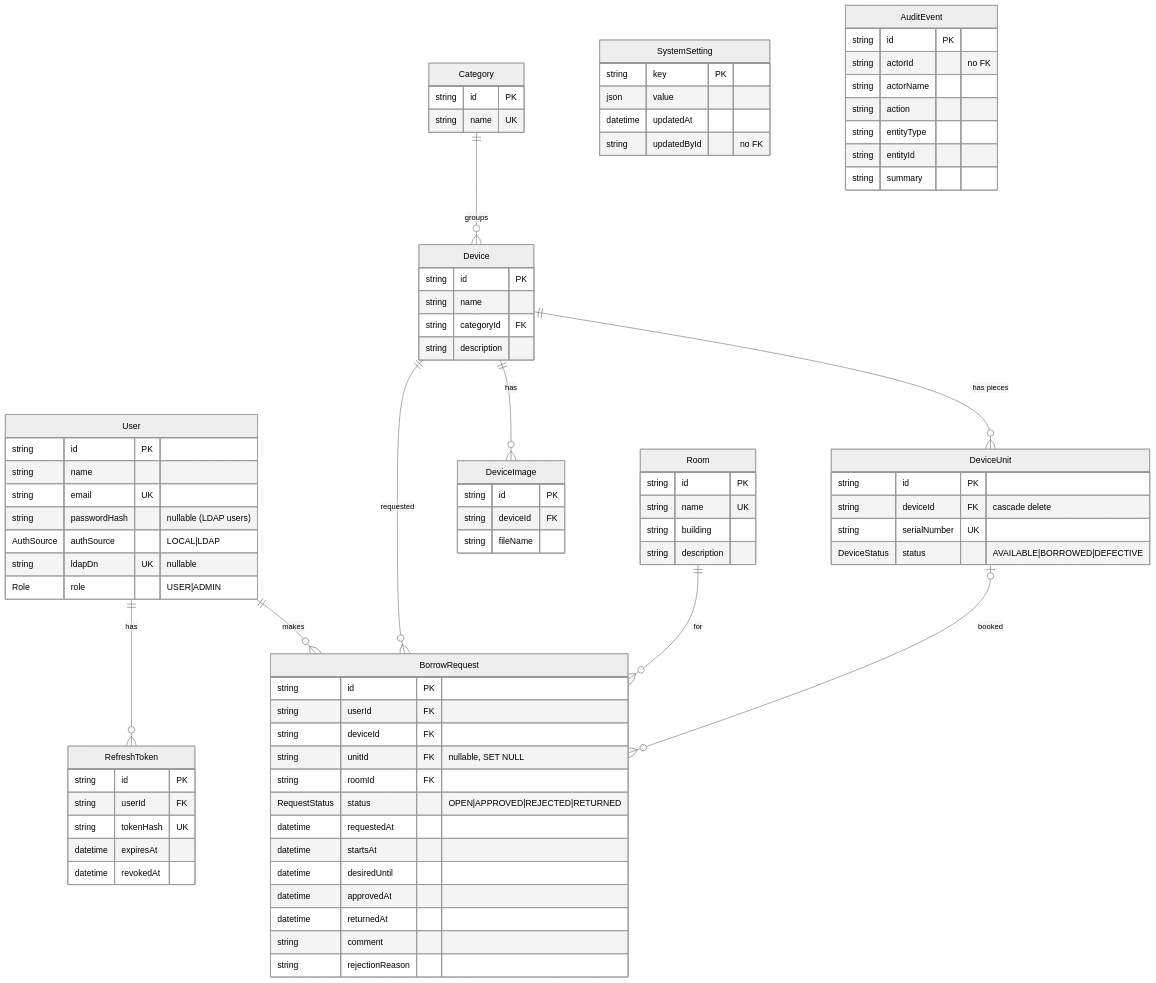
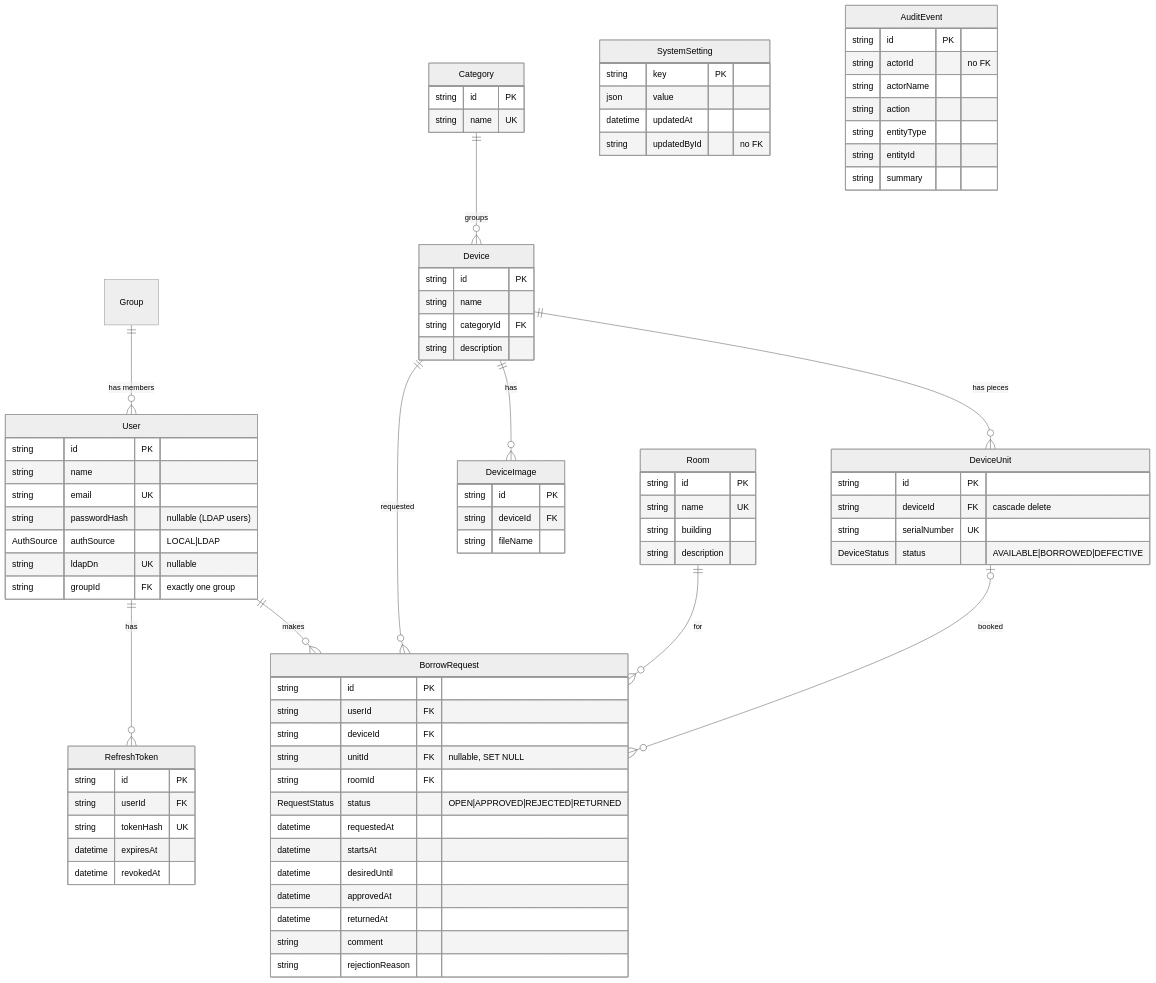
Before and after one commit to lbrandstaetterhtl/LendLine: the second of 4 diagrams in doc/LendLine.md, drawn with Mermaid (neutral theme). The commit also changed other lines of this file and 46 other files, not shown here.

````diff
--- a/doc/LendLine.md
+++ b/doc/LendLine.md
@@ -273,73 +273,74 @@
 ```mermaid
 erDiagram
+  Group ||--o{ User : "has members"
   User ||--o{ BorrowRequest : "makes"
   User ||--o{ RefreshToken : "has"
   Category ||--o{ Device : "groups"
   Device ||--o{ DeviceUnit : "has pieces"
   Device ||--o{ DeviceImage : "has"
   Device ||--o{ BorrowRequest : "requested"
   DeviceUnit |o--o{ BorrowRequest : "booked"
   Room ||--o{ BorrowRequest : "for"
 
   User {
     string id PK
     string name
     string email UK
     string passwordHash "nullable (LDAP users)"
     AuthSource authSource "LOCAL|LDAP"
     string ldapDn UK "nullable"
-    Role role "USER|ADMIN"
+    string groupId FK "exactly one group"
   }
   Category { string id PK
     string name UK }
   Device {
     string id PK
     string name
     string categoryId FK
     string description
   }
   DeviceUnit {
     string id PK
     string deviceId FK "cascade delete"
     string serialNumber UK
     DeviceStatus status "AVAILABLE|BORROWED|DEFECTIVE"
   }
   DeviceImage { string id PK
     string deviceId FK
     string fileName }
   Room { string id PK
     string name UK
     string building
     string description }
   BorrowRequest {
     string id PK
     string userId FK
     string deviceId FK
     string unitId FK "nullable, SET NULL"
     string roomId FK
     RequestStatus status "OPEN|APPROVED|REJECTED|RETURNED"
     datetime requestedAt
     datetime startsAt
     datetime desiredUntil
     datetime approvedAt
     datetime returnedAt
     string comment
     string rejectionReason
   }
   RefreshToken { string id PK
     string userId FK
     string tokenHash UK
     datetime expiresAt
     datetime revokedAt }
   SystemSetting { string key PK
     json value
     datetime updatedAt
     string updatedById "no FK" }
   AuditEvent { string id PK
     string actorId "no FK"
     string actorName
     string action
     string entityType
     string entityId
     string summary }
 ```
````
